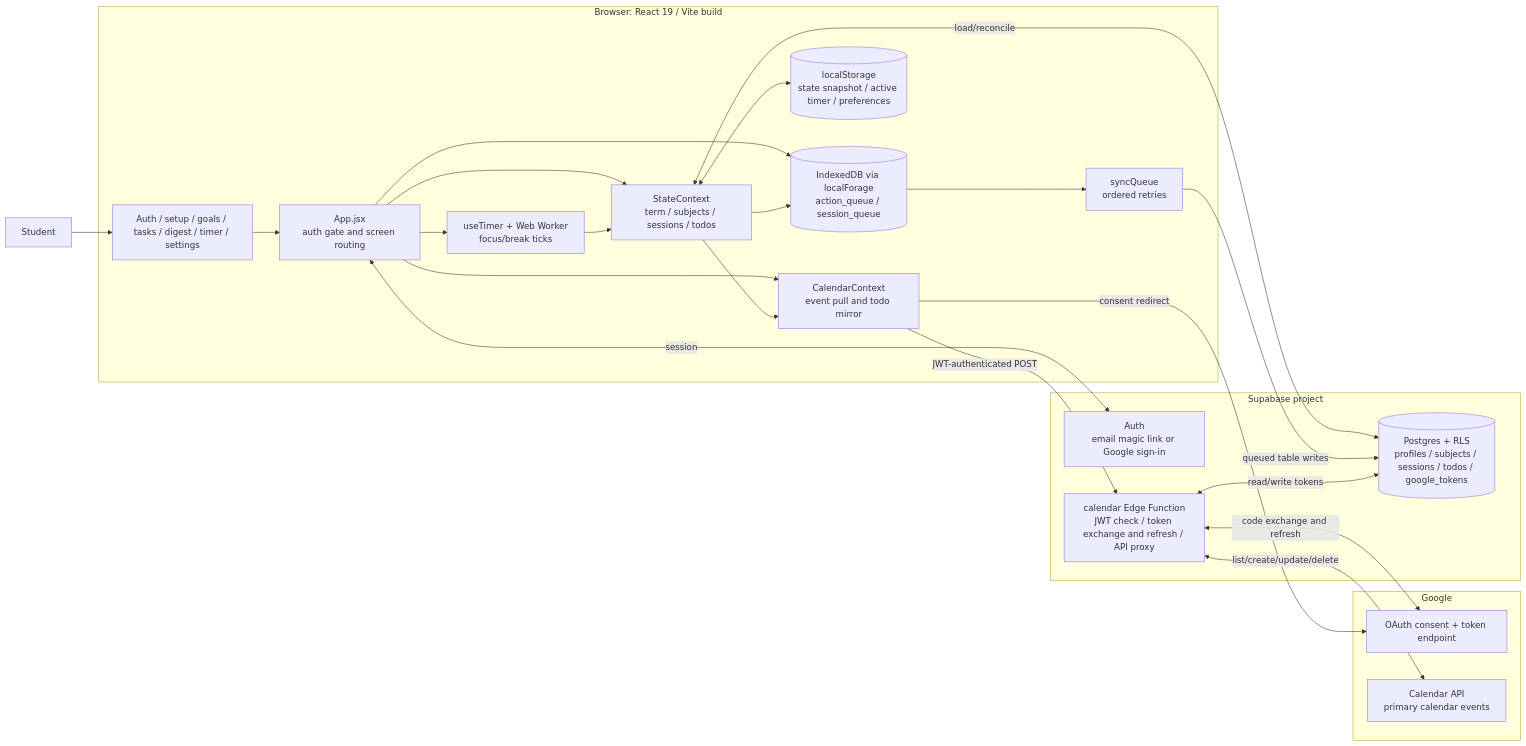
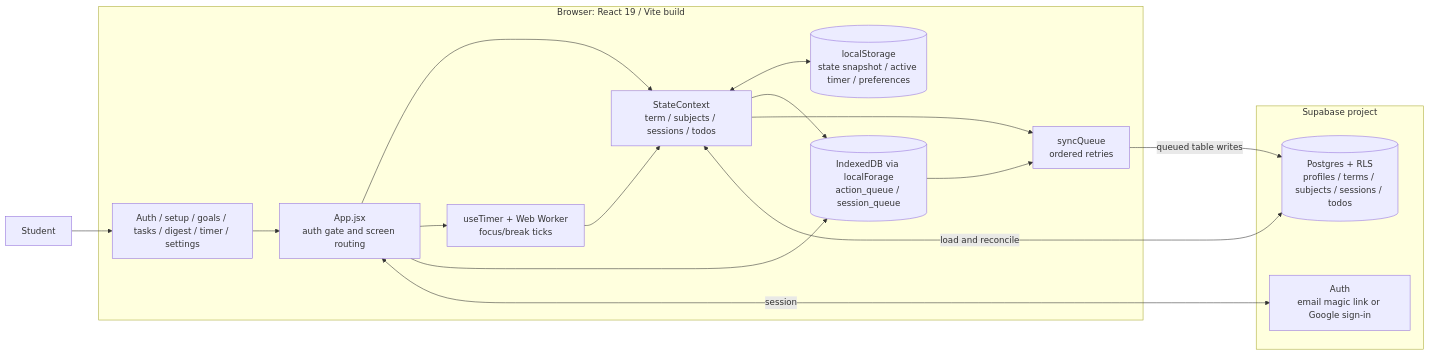
One commit to Anuj-boilerplate/MinTrack changed the diagram in docs/architecture.md. Above: the diagram before and after it, drawn with Mermaid. The commit also changed other lines of this file and 36 other files, not shown here.

````diff
--- a/docs/architecture.md
+++ b/docs/architecture.md
@@ -5,45 +5,32 @@
 ```mermaid
 flowchart LR
   U[Student] --> UI
 
   subgraph B[Browser: React 19 / Vite build]
     UI[Auth / setup / goals / tasks / digest / timer / settings]
     APP[App.jsx<br/>auth gate and screen routing]
     STATE[StateContext<br/>term / subjects / sessions / todos]
     TIMER[useTimer + Web Worker<br/>focus/break ticks]
-    CAL[CalendarContext<br/>event pull and todo mirror]
     LS[(localStorage<br/>state snapshot / active timer / preferences)]
     IQ[(IndexedDB via localForage<br/>action_queue / session_queue)]
     SYNC[syncQueue<br/>ordered retries]
     UI --> APP
     APP --> STATE
     APP --> TIMER
-    APP --> CAL
     APP --> IQ
     STATE <--> LS
     STATE --> IQ
     TIMER --> STATE
     IQ --> SYNC
-    STATE --> CAL
+    STATE --> SYNC
   end
 
   subgraph S[Supabase project]
     AUTH[Auth<br/>email magic link or Google sign-in]
-    DB[(Postgres + RLS<br/>profiles / subjects / sessions / todos / google_tokens)]
-    EDGE[calendar Edge Function<br/>JWT check / token exchange and refresh / API proxy]
-  end
-
-  subgraph G[Google]
-    OAUTH[OAuth consent + token endpoint]
-    GCAL[Calendar API<br/>primary calendar events]
+    DB[(Postgres + RLS<br/>profiles / terms / subjects / sessions / todos)]
   end
 
   APP <--> |session| AUTH
-  STATE <--> |load/reconcile| DB
+  STATE <--> |load and reconcile| DB
   SYNC --> |queued table writes| DB
-  CAL --> |JWT-authenticated POST| EDGE
-  EDGE <--> |read/write tokens| DB
-  CAL --> |consent redirect| OAUTH
-  EDGE <--> |code exchange and refresh| OAUTH
-  EDGE <--> |list/create/update/delete| GCAL
 ```
````
